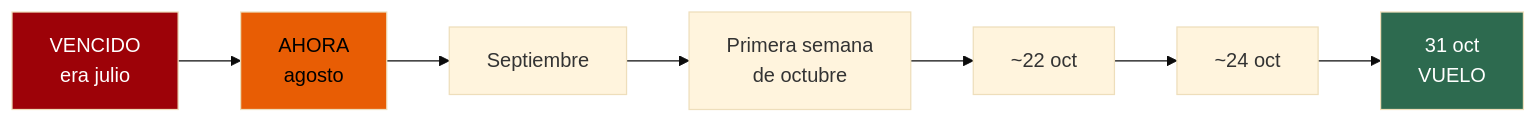
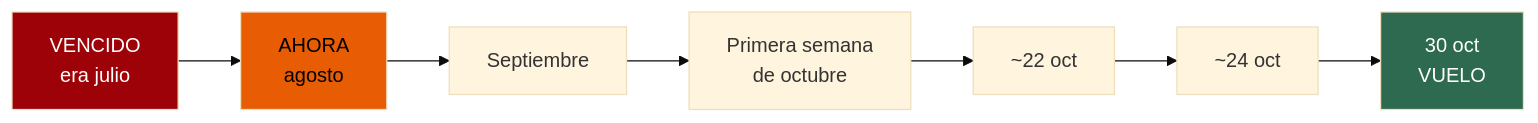
One commit to morandeirachema/namibia changed the second of 5 diagrams in 04-guia-preparacion.md. Above: the diagram before and after it, drawn with Mermaid (base theme). The commit also changed other lines of this file and 7 other files, not shown here.

````diff
--- a/04-guia-preparacion.md
+++ b/04-guia-preparacion.md
@@ -64,10 +64,10 @@
 ```mermaid
 flowchart LR
 %% ancho
     J["VENCIDO<br/>era julio"] --> A["AHORA<br/>agosto"] --> S["Septiembre"]
     S --> O1["Primera semana<br/>de octubre"] --> O2["~22 oct"] --> O3["~24 oct"]
-    O3 --> F["31 oct<br/>VUELO"]
+    O3 --> F["30 oct<br/>VUELO"]
     style J fill:#9d0208,color:#fff
     style A fill:#e85d04,color:#000
     style F fill:#2d6a4f,color:#fff
 ```
````
